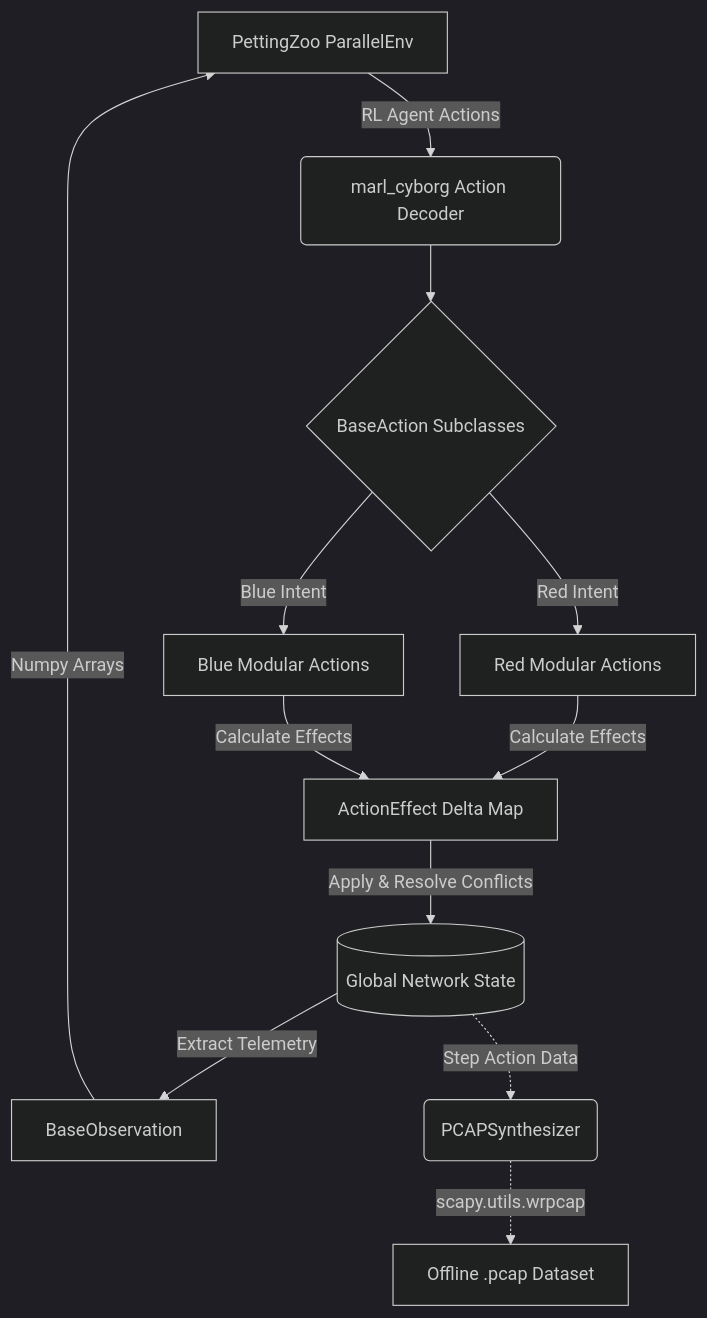
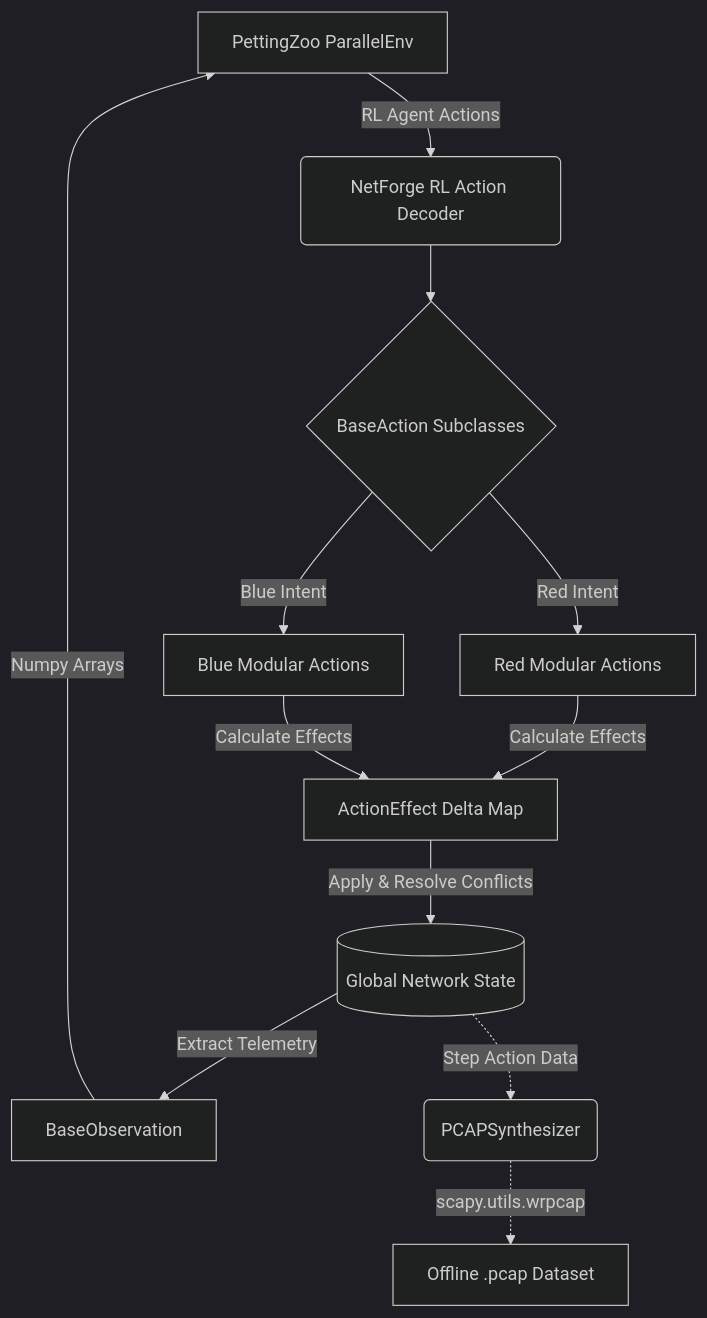
Before and after one commit to reforcemind/NetForge_RL: the diagram in README.md, drawn with Mermaid (dark theme). The commit also changed other lines of this file, not shown here.

````diff
--- a/README.md
+++ b/README.md
@@ -20,14 +20,14 @@
 ```mermaid
 graph TD
-    A[PettingZoo ParallelEnv] -->|RL Agent Actions| B(marl_cyborg Action Decoder)
+    A[PettingZoo ParallelEnv] -->|RL Agent Actions| B(NetForge RL Action Decoder)
     B --> C{BaseAction Subclasses}
     C -->|Red Intent| D[Red Modular Actions]
     C -->|Blue Intent| E[Blue Modular Actions]
     D -->|Calculate Effects| F[ActionEffect Delta Map]
     E -->|Calculate Effects| F
     F -->|Apply & Resolve Conflicts| G[(Global Network State)]
     G -->|Extract Telemetry| H[BaseObservation]
     H -->|Numpy Arrays| A
     G -.->|Step Action Data| I(PCAPSynthesizer)
     I -.->|scapy.utils.wrpcap| J[Offline .pcap Dataset]
 ```
````
